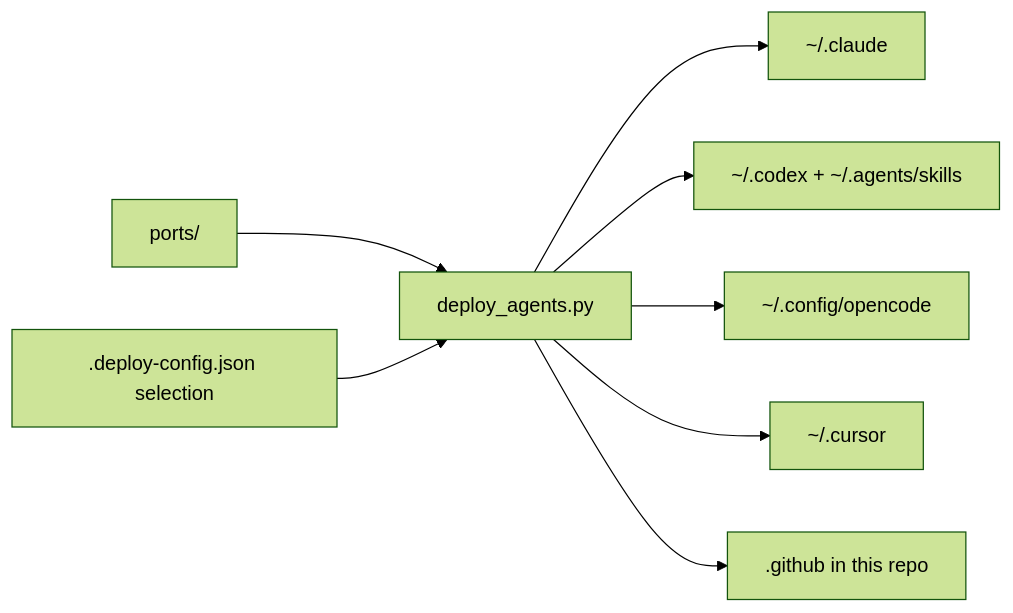
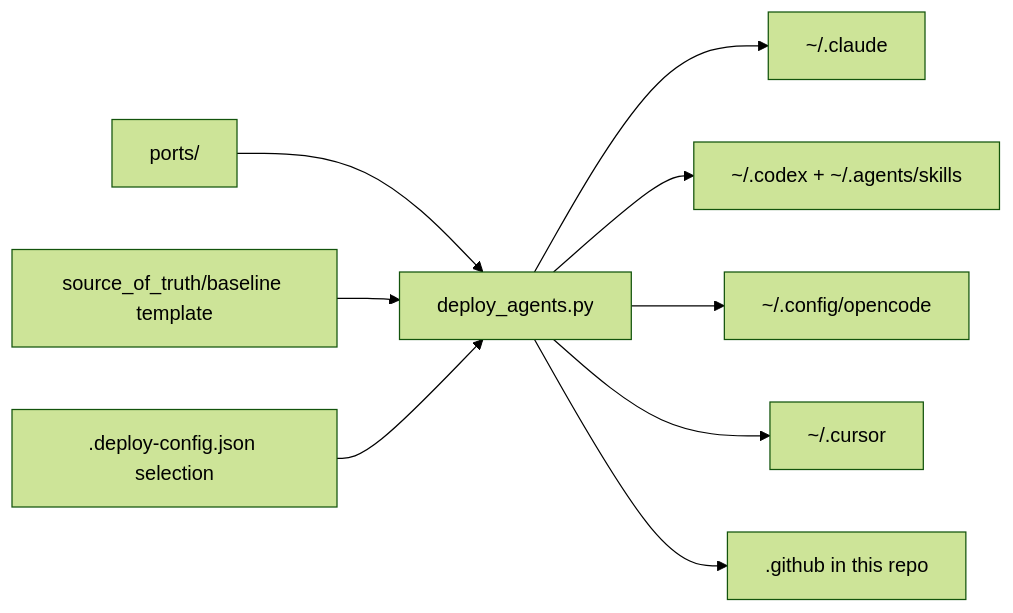
Before and after one commit to threnjen/thren-agentic-workflows: the third of 4 diagrams in docs/ARCHITECTURE.md, drawn with Mermaid (forest theme). The commit also changed other lines of this file and 6 other files, not shown here.

````diff
--- a/docs/ARCHITECTURE.md
+++ b/docs/ARCHITECTURE.md
@@ -79,10 +79,11 @@
 ```mermaid
 flowchart LR
     Ports[ports/<harness>] --> Deploy[deploy_agents.py]
+    Baseline[source_of_truth/baseline template] --> Deploy
     Config[.deploy-config.json selection] --> Deploy
     Deploy --> Claude[~/.claude]
     Deploy --> Codex[~/.codex + ~/.agents/skills]
     Deploy --> OpenCode[~/.config/opencode]
     Deploy --> Cursor[~/.cursor]
     Deploy --> Github[.github in this repo]
 ```
````
